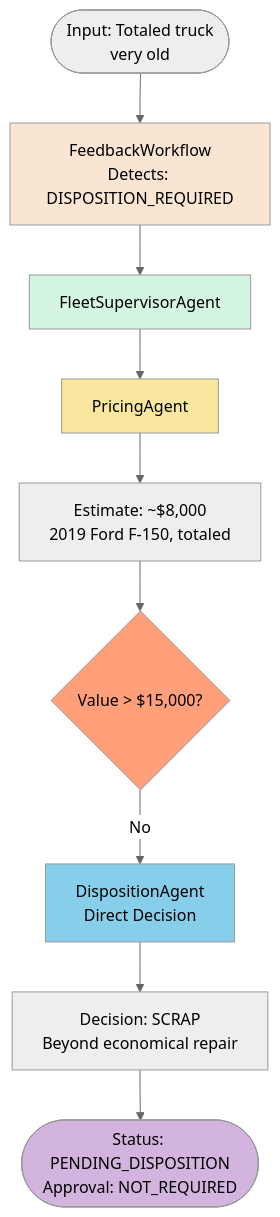
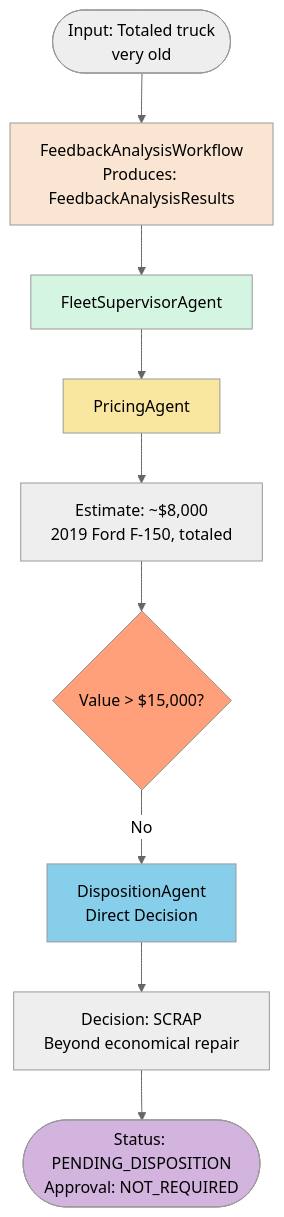
Before and after one commit to quarkusio/quarkus-workshop-langchain4j: the fifth of 6 diagrams in docs/docs/section-2/step-05.md, drawn with Mermaid (neutral theme). The commit also changed other lines of this file and 63 other files, not shown here.

````diff
--- a/docs/docs/section-2/step-05.md
+++ b/docs/docs/section-2/step-05.md
@@ -456,23 +457,23 @@
 ```mermaid
 flowchart TD
     Start([Input: Totaled truck<br/>very old])
 
-    Start --> FW[FeedbackWorkflow<br/>Detects: DISPOSITION_REQUIRED]
+    Start --> FW[FeedbackAnalysisWorkflow<br/>Produces: FeedbackAnalysisResults]
 
     FW --> FSA[FleetSupervisorAgent]
     FSA --> PA[PricingAgent]
     PA --> Value[Estimate: ~$8,000<br/>2019 Ford F-150, totaled]
 
     Value --> Check{Value > $15,000?}
     Check -->|No| Direct[DispositionAgent<br/>Direct Decision]
     Direct --> Decision[Decision: SCRAP<br/>Beyond economical repair]
 
     Decision --> Result([Status: PENDING_DISPOSITION<br/>Approval: NOT_REQUIRED])
 
     style FW fill:#FAE5D3
     style FSA fill:#D5F5E3
     style PA fill:#F9E79F
     style Direct fill:#87CEEB
     style Check fill:#FFA07A
     style Result fill:#D2B4DE
 ```
````
